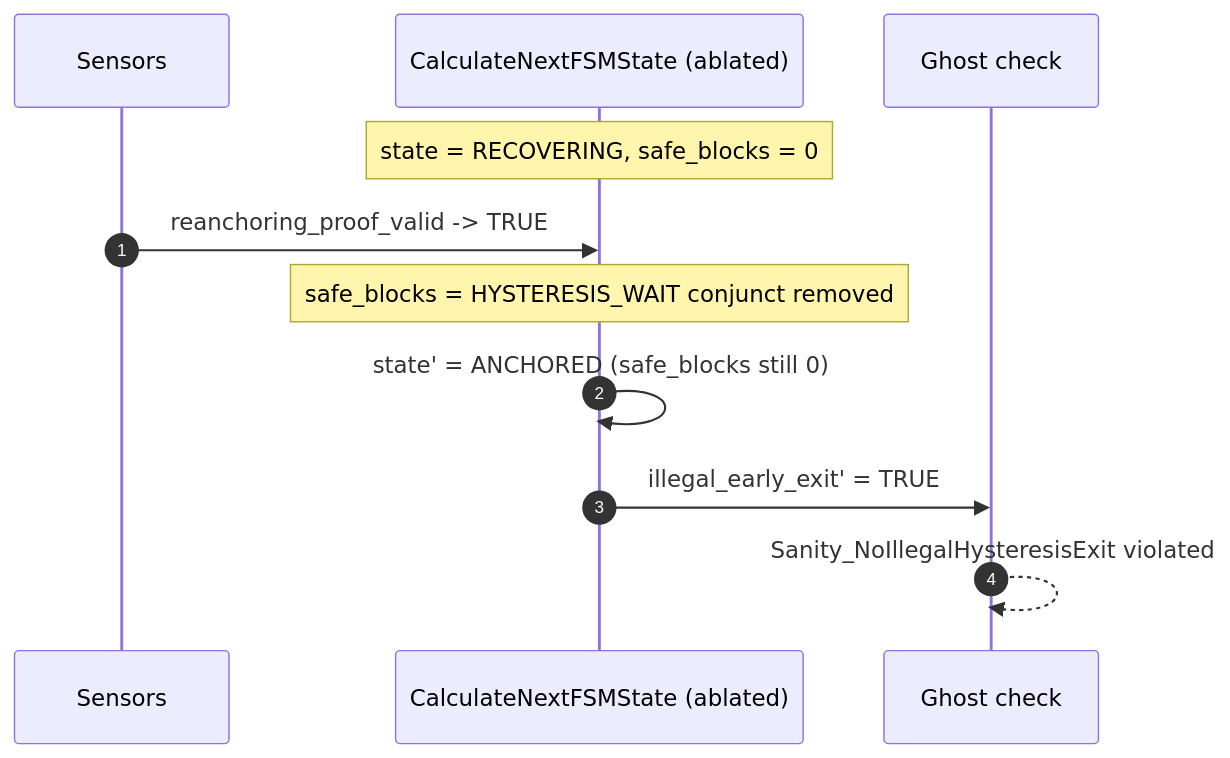
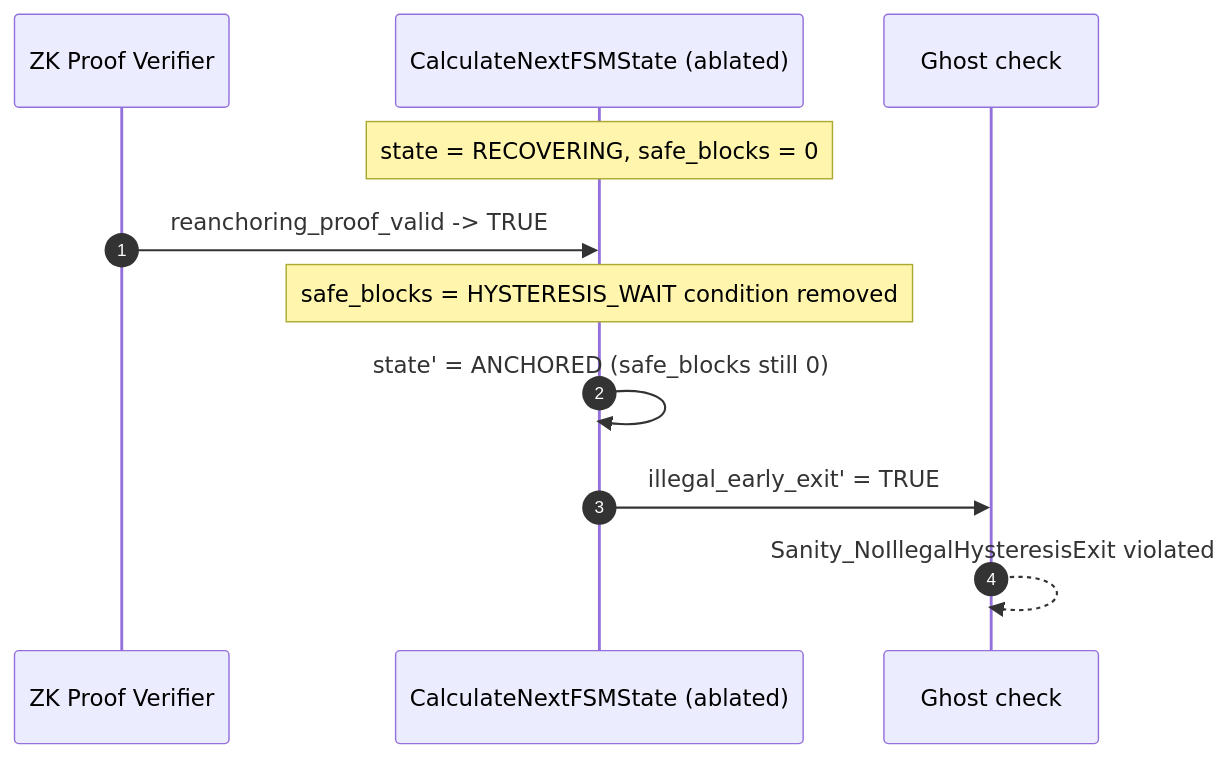
The fifth of 9 diagrams in spec/README.md (cuongct924/engram-sovereign-fsm), drawn with Mermaid before and after one commit. The commit also changed other lines of this file and 4 other files, not shown here.

````diff
--- a/spec/README.md
+++ b/spec/README.md
@@ -885,14 +906,14 @@
 ```mermaid
 sequenceDiagram
     autonumber
-    participant Sensors
+    participant ZK as ZK Proof Verifier
     participant FSM as CalculateNextFSMState (ablated)
     participant Chk as Ghost check
 
     Note over FSM: state = RECOVERING, safe_blocks = 0
-    Sensors->>FSM: reanchoring_proof_valid -> TRUE
-    Note over FSM: safe_blocks = HYSTERESIS_WAIT conjunct removed
+    ZK->>FSM: reanchoring_proof_valid -> TRUE
+    Note over FSM: safe_blocks = HYSTERESIS_WAIT condition removed
     FSM->>FSM: state' = ANCHORED (safe_blocks still 0)
     FSM->>Chk: illegal_early_exit' = TRUE
     Chk-->>Chk: Sanity_NoIllegalHysteresisExit violated
 ```
````
